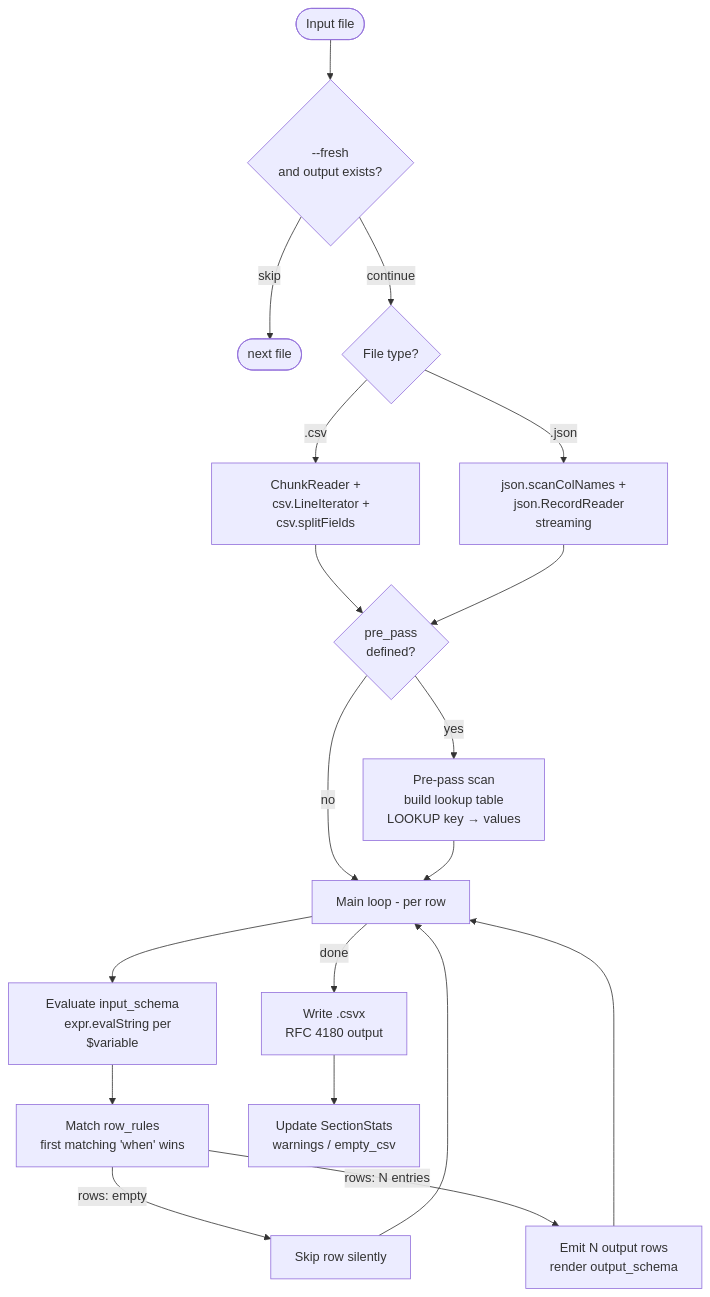
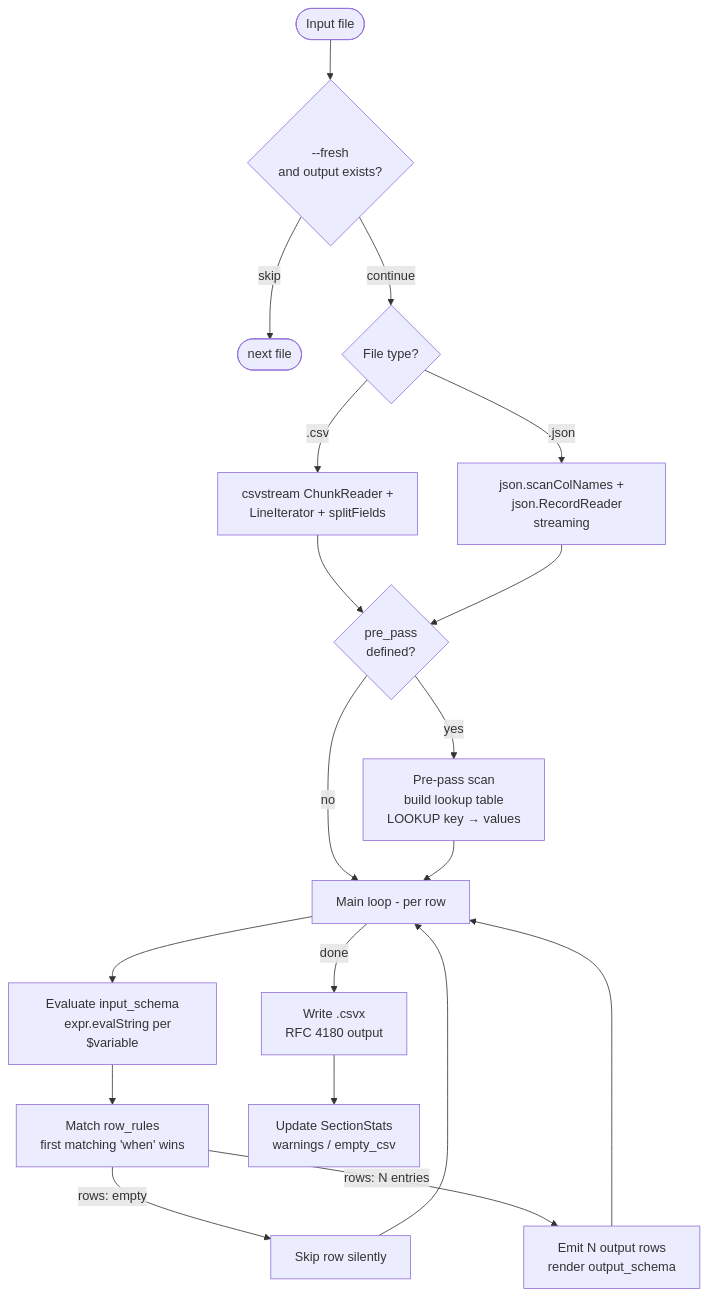
One commit to zaxified/bxp changed the second of 5 diagrams in docs/dev/architecture/pipeline.md. Above: the diagram before and after it, drawn with Mermaid. The commit also changed other lines of this file and 51 other files, not shown here.

````diff
--- a/docs/dev/architecture/pipeline.md
+++ b/docs/dev/architecture/pipeline.md
@@ -45,36 +45,36 @@
 ```mermaid
 flowchart TD
     FILE([Input file]) --> FRESH{--fresh
     and output exists?}
     FRESH -->|skip| NEXT([next file])
     FRESH -->|continue| DETECT{File type?}
-    DETECT -->|.csv| CSV_READ[ChunkReader +
-    csv.LineIterator + csv.splitFields]
+    DETECT -->|.csv| CSV_READ[csvstream ChunkReader +
+    LineIterator + splitFields]
     DETECT -->|.json| JSON_READ[json.scanColNames +
     json.RecordReader streaming]
     CSV_READ --> PREPASS
     JSON_READ --> PREPASS
 
     PREPASS{pre_pass
     defined?}
     PREPASS -->|yes| PP[Pre-pass scan
     build lookup table
     LOOKUP key → values]
     PREPASS -->|no| MAINLOOP
     PP --> MAINLOOP
 
     MAINLOOP[Main loop - per row]
     MAINLOOP --> SCHEMA[Evaluate input_schema
     expr.evalString per $variable]
     SCHEMA --> RULES[Match row_rules
     first matching 'when' wins]
     RULES -->|rows: empty| SKIP[Skip row silently]
     RULES -->|rows: N entries| EMIT[Emit N output rows
     render output_schema]
     SKIP --> MAINLOOP
     EMIT --> MAINLOOP
     MAINLOOP -->|done| WRITE[Write .csvx
     RFC 4180 output]
     WRITE --> STATS[Update SectionStats
     warnings / empty_csv]
 ```
````
